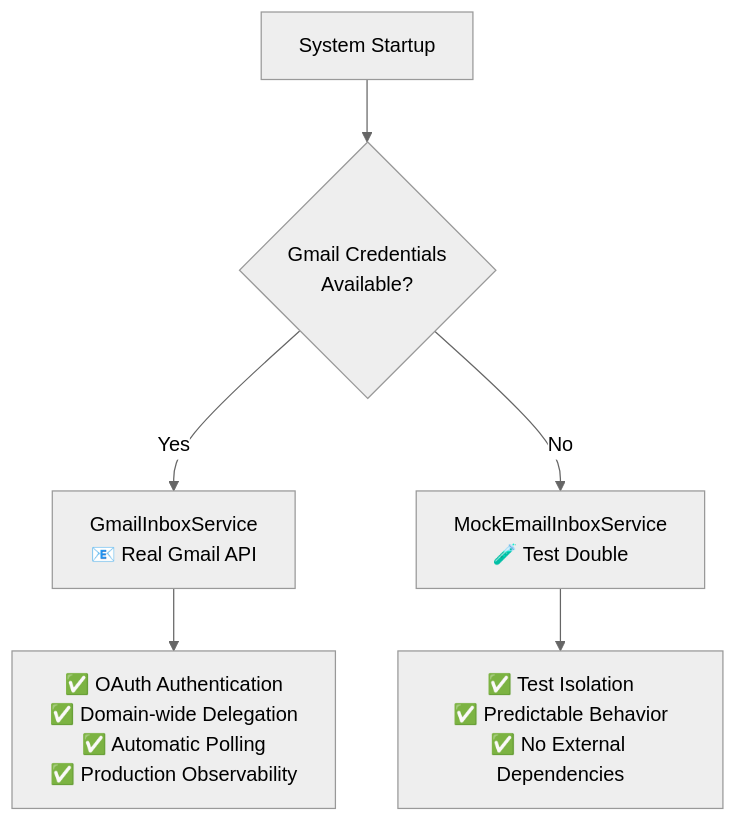
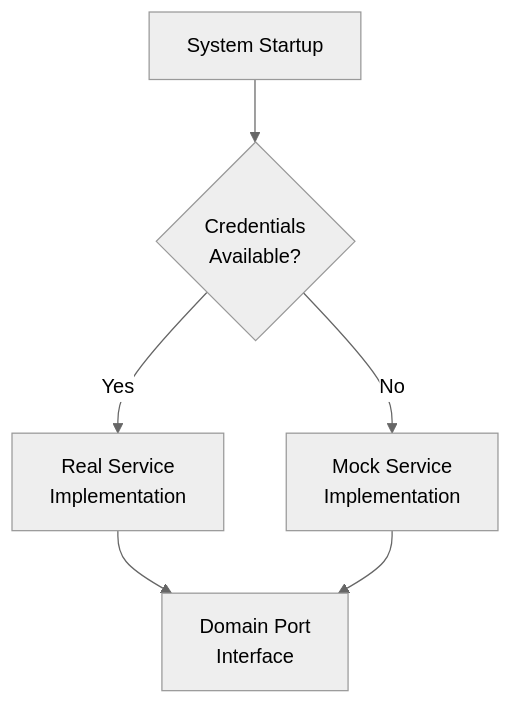
One commit to wbern/community-assistant changed the third of 4 diagrams in ARCHITECTURE.md. Above: the diagram before and after it, drawn with Mermaid (neutral theme). The commit also changed other lines of this file and 2 other files, not shown here.

First line of the commit message:
docs: Streamline documentation and remove implementation status tracking

````diff
--- a/ARCHITECTURE.md
+++ b/ARCHITECTURE.md
@@ -100,8 +92,8 @@
 ```mermaid
 flowchart TD
-    Start[System Startup] --> Check{Gmail Credentials<br/>Available?}
-    Check -->|Yes| Gmail[GmailInboxService<br/>📧 Real Gmail API]
-    Check -->|No| Mock[MockEmailInboxService<br/>🧪 Test Double]
-    Gmail --> Features[✅ OAuth Authentication<br/>✅ Domain-wide Delegation<br/>✅ Automatic Polling<br/>✅ Production Observability]
-    Mock --> TestFeatures[✅ Test Isolation<br/>✅ Predictable Behavior<br/>✅ No External Dependencies]
+    Start[System Startup] --> Check{Credentials<br/>Available?}
+    Check -->|Yes| Real[Real Service<br/>Implementation]
+    Check -->|No| Mock[Mock Service<br/>Implementation]
+    Real --> Port[Domain Port<br/>Interface]
+    Mock --> Port
 ```
````
